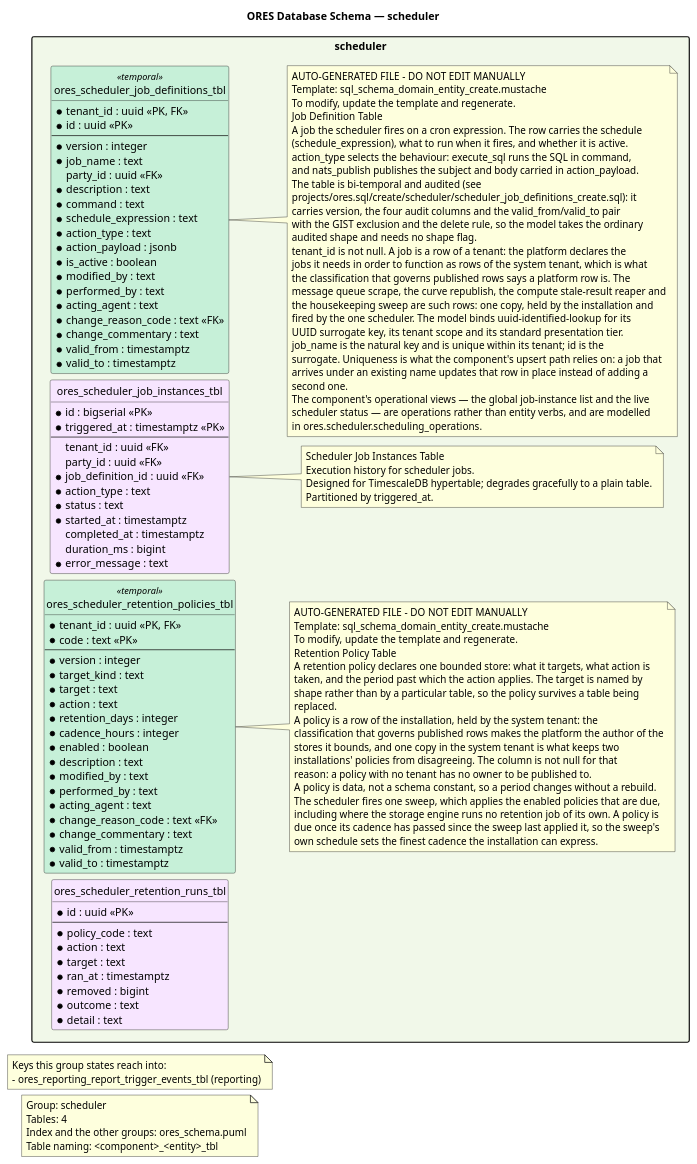
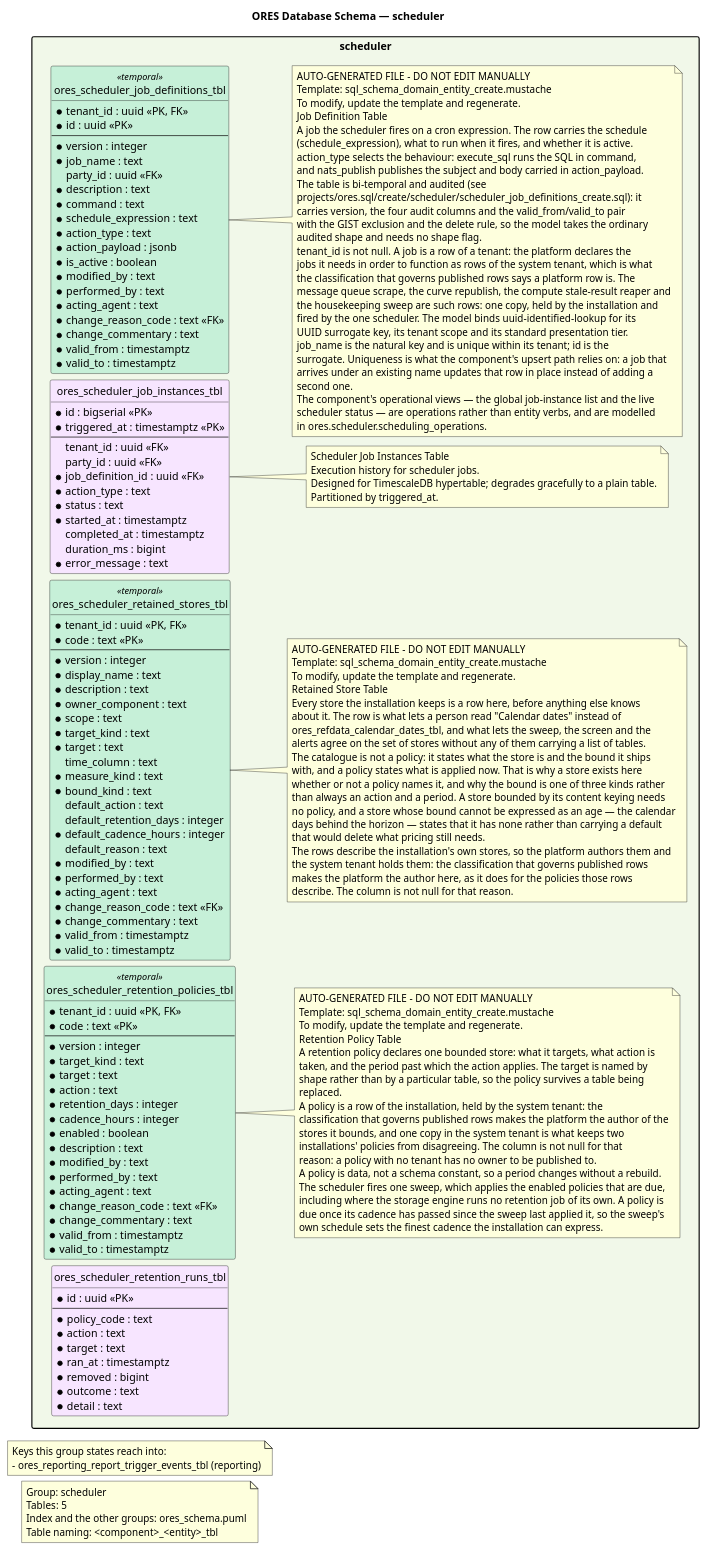
Before and after one commit to OreStudio/OreStudio: the diagram in projects/ores.sql/modeling/ores_schema.scheduler.puml, drawn with PlantUML. The commit also changed 65 other files, not shown here.

First line of the commit message:
[scheduler] Catalogue every store the installation keeps

```diff
--- a/projects/ores.sql/modeling/ores_schema.scheduler.puml
+++ b/projects/ores.sql/modeling/ores_schema.scheduler.puml
@@ -32,7 +32,7 @@
 
 note as GroupNote
 Group: scheduler
-Tables: 4
+Tables: 5
 Index and the other groups: ores_schema.puml
 Table naming: <component>_<entity>_tbl
 end note
@@ -120,6 +120,55 @@
     Partitioned by triggered_at.
     end note
 
+    entity ores_scheduler_retained_stores_tbl <<temporal>> #C6F0D8 {
+        * tenant_id : uuid <<PK, FK>>
+        * code : text <<PK>>
+        --
+        * version : integer
+        * display_name : text
+        * description : text
+        * owner_component : text
+        * scope : text
+        * target_kind : text
+        * target : text
+          time_column : text
+        * measure_kind : text
+        * bound_kind : text
+          default_action : text
+          default_retention_days : integer
+        * default_cadence_hours : integer
+          default_reason : text
+        * modified_by : text
+        * performed_by : text
+        * acting_agent : text
+        * change_reason_code : text <<FK>>
+        * change_commentary : text
+        * valid_from : timestamptz
+        * valid_to : timestamptz
+    }
+
+    note right of ores_scheduler_retained_stores_tbl
+    AUTO-GENERATED FILE - DO NOT EDIT MANUALLY
+    Template: sql_schema_domain_entity_create.mustache
+    To modify, update the template and regenerate.
+    Retained Store Table
+    Every store the installation keeps is a row here, before anything else knows
+    about it. The row is what lets a person read "Calendar dates" instead of
+    ores_refdata_calendar_dates_tbl, and what lets the sweep, the screen and the
+    alerts agree on the set of stores without any of them carrying a list of tables.
+    The catalogue is not a policy: it states what the store is and the bound it ships
+    with, and a policy states what is applied now. That is why a store exists here
+    whether or not a policy names it, and why the bound is one of three kinds rather
+    than always an action and a period. A store bounded by its content keying needs
+    no policy, and a store whose bound cannot be expressed as an age — the calendar
+    days behind the horizon — states that it has none rather than carrying a default
+    that would delete what pricing still needs.
+    The rows describe the installation's own stores, so the platform authors them and
+    the system tenant holds them: the classification that governs published rows
+    makes the platform the author here, as it does for the policies those rows
+    describe. The column is not null for that reason.
+    end note
+
     entity ores_scheduler_retention_policies_tbl <<temporal>> #C6F0D8 {
         * tenant_id : uuid <<PK, FK>>
         * code : text <<PK>>
```
